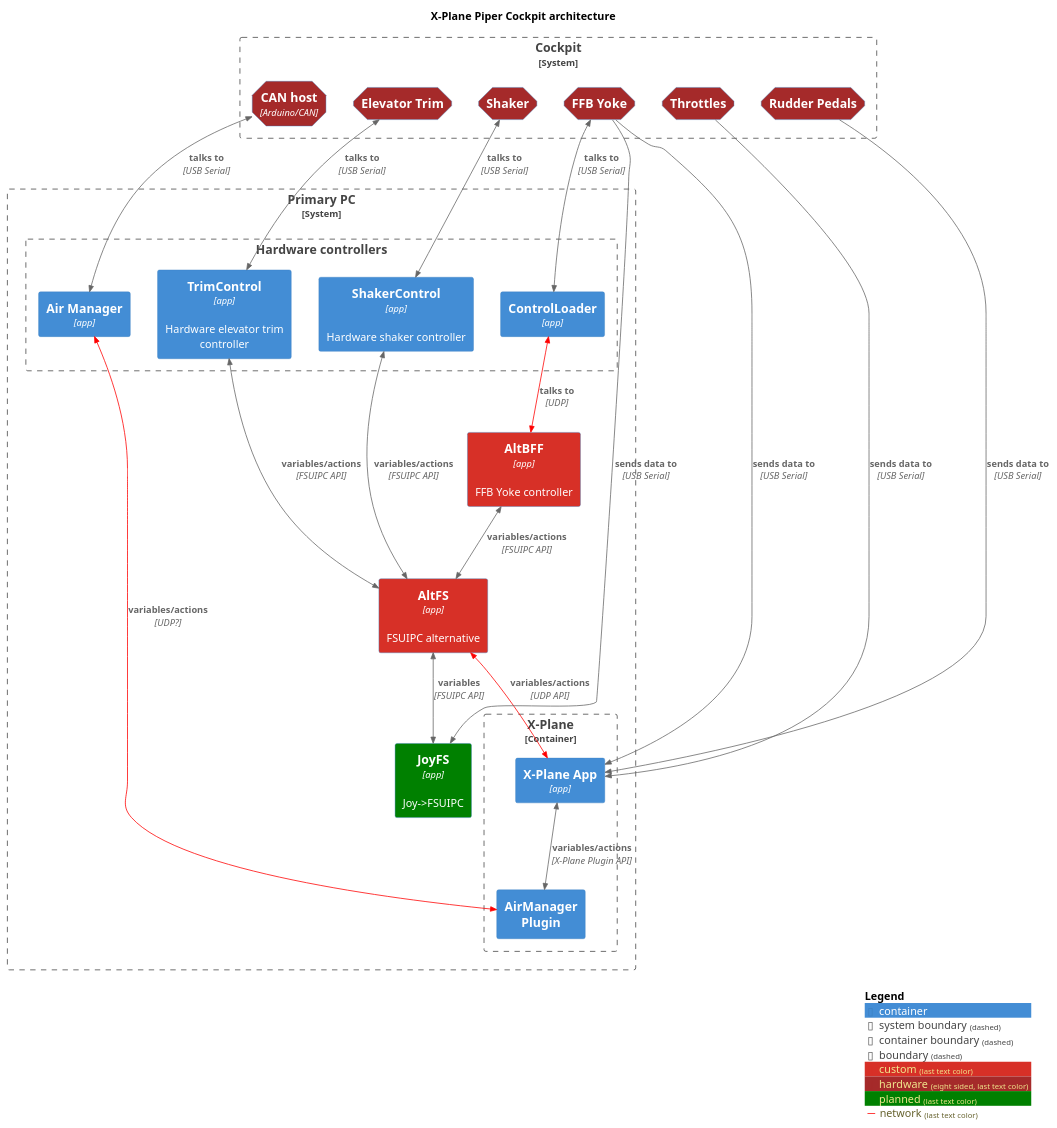
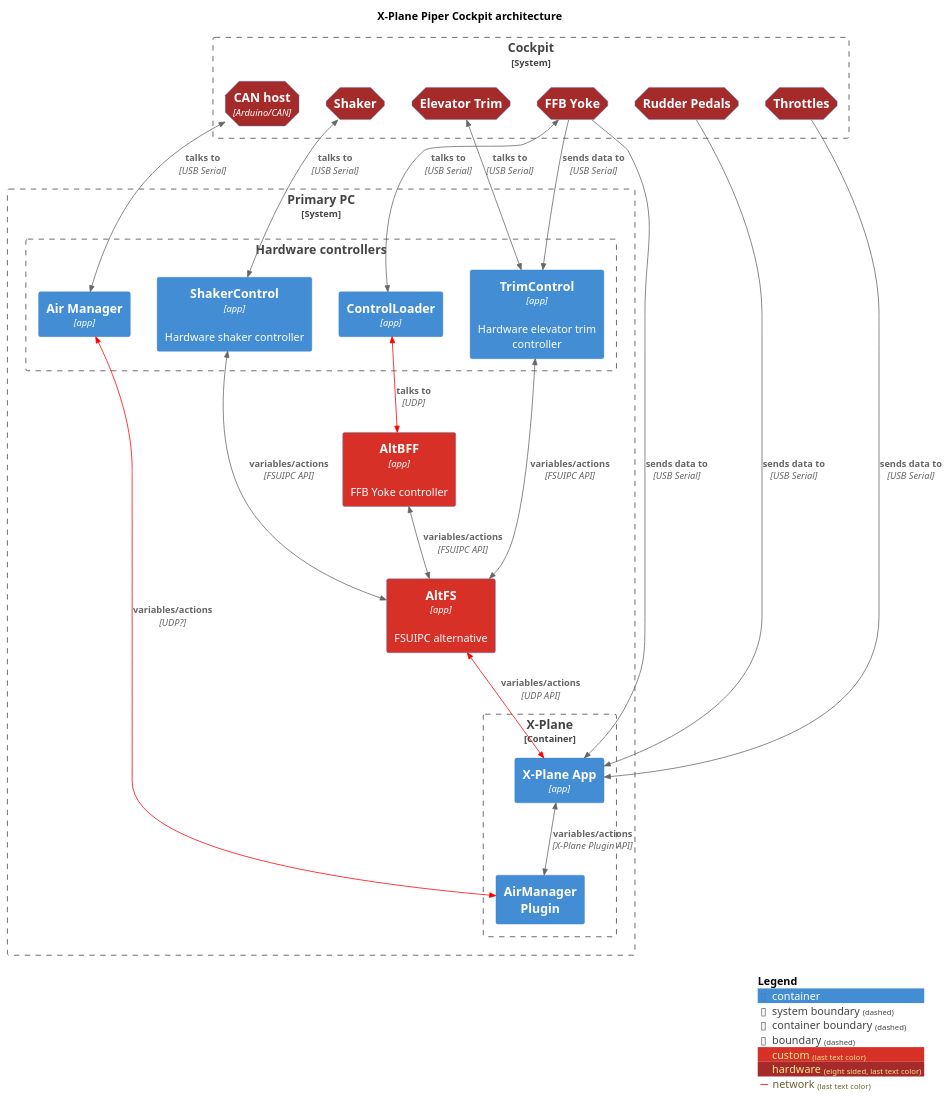
One commit to avignatenko/aiblog changed the diagram in content/posts/piper-cockpit-architecture/architecture.puml. Above: the diagram before and after it, drawn with PlantUML. The commit also changed 3 other files, not shown here.

```diff
--- a/content/posts/piper-cockpit-architecture/architecture.puml
+++ b/content/posts/piper-cockpit-architecture/architecture.puml
@@ -1,74 +1,74 @@
 @startuml
 !include <C4/C4_Container>
 !include <C4/C4_Deployment>
 
 title X-Plane Piper Cockpit architecture
 
 AddElementTag("custom", $bgColor="#d73027")
 AddElementTag("hardware", $bgColor="brown", $shape=EightSidedShape())
 AddElementTag("planned", $bgColor="green")
 
 AddRelTag("network", $lineColor="red")
 
 System_Boundary(pc, "Primary PC") {
 
     Container_Boundary(xplane, "X-Plane"){
         Container(xplaneApp, "X-Plane App", $techn="app")
         Container(airManagerPlugin, "AirManager\nPlugin")
 
         BiRel(xplaneApp, airManagerPlugin, "variables/actions", $techn="X-Plane Plugin API")
     }
 
     Container(altFS, "AltFS", $techn="app", $descr="FSUIPC alternative", $tags="custom")
     BiRel(altFS, xplaneApp, "variables/actions", $techn="UDP API", $tags="network")
 
-    Container(JoyFS, "JoyFS", $techn="app", $descr="Joy->FSUIPC", $tags="planned+custom")
-    BiRel(altFS, JoyFS, "variables", $techn="FSUIPC API")
+  '  Container(JoyFS, "JoyFS", $techn="app", $descr="Joy->FSUIPC", $tags="planned+custom")
+  '  BiRel(altFS, JoyFS, "variables", $techn="FSUIPC API")
 
     Container(altBFF, "AltBFF", $techn="app", $descr="FFB Yoke controller", $tags="custom")
     BiRel(altBFF, altFS, "variables/actions", $techn="FSUIPC API")
 
 
     Boundary(controllers, "Hardware controllers"){
         Container(controlLoader, "ControlLoader", $techn="app")
         BiRel(controlLoader, altBFF, "talks to", $techn="UDP", $tags="network")
 
         Container(trimControl, "TrimControl", $techn="app", $descr="Hardware elevator trim controller")
         BiRel(trimControl, altFS, "variables/actions", $techn="FSUIPC API")
 
         Container(shakerControl, "ShakerControl", $techn="app", $descr="Hardware shaker controller")
         BiRel(shakerControl, altFS, "variables/actions", $techn="FSUIPC API")
 
         Container(airManager, "Air Manager", $techn="app")
         BiRel(airManager, airManagerPlugin, "variables/actions", $techn="UDP?", $tags="network")
 
     }
 
 
 }
 
 System_Boundary(cockpit, "Cockpit") {
     Container(ffbYoke, "FFB Yoke", $tags="hardware")
     BiRel(ffbYoke, controlLoader, "talks to", $techn="USB Serial")
-    Rel(ffbYoke, JoyFS, "sends data to", $techn="USB Serial")
+    Rel(ffbYoke, trimControl, "sends data to", $techn="USB Serial")
     Rel(ffbYoke, xplaneApp, "sends data to", $techn="USB Serial")
 
     Container(elTrim, "Elevator Trim", $tags="hardware")
     BiRel(elTrim, trimControl, "talks to", $techn="USB Serial")
 
     Container(canHost, "CAN host", $techn="Arduino/CAN", $tags="hardware")
     BiRel(airManager, canHost, "talks to", $techn="USB Serial")
 
     Container(shaker, "Shaker", $tags="hardware")
     BiRel(shaker, shakerControl, "talks to", $techn="USB Serial")
 
     Container(throttles, "Throttles", $tags="hardware")
     Rel(throttles, xplaneApp, "sends data to", $techn="USB Serial")
 
     Container(rudderPedals, "Rudder Pedals", $tags="hardware")
     Rel(rudderPedals, xplaneApp, "sends data to", $techn="USB Serial")
 }
 
 SHOW_LEGEND()
 
 @enduml
```
